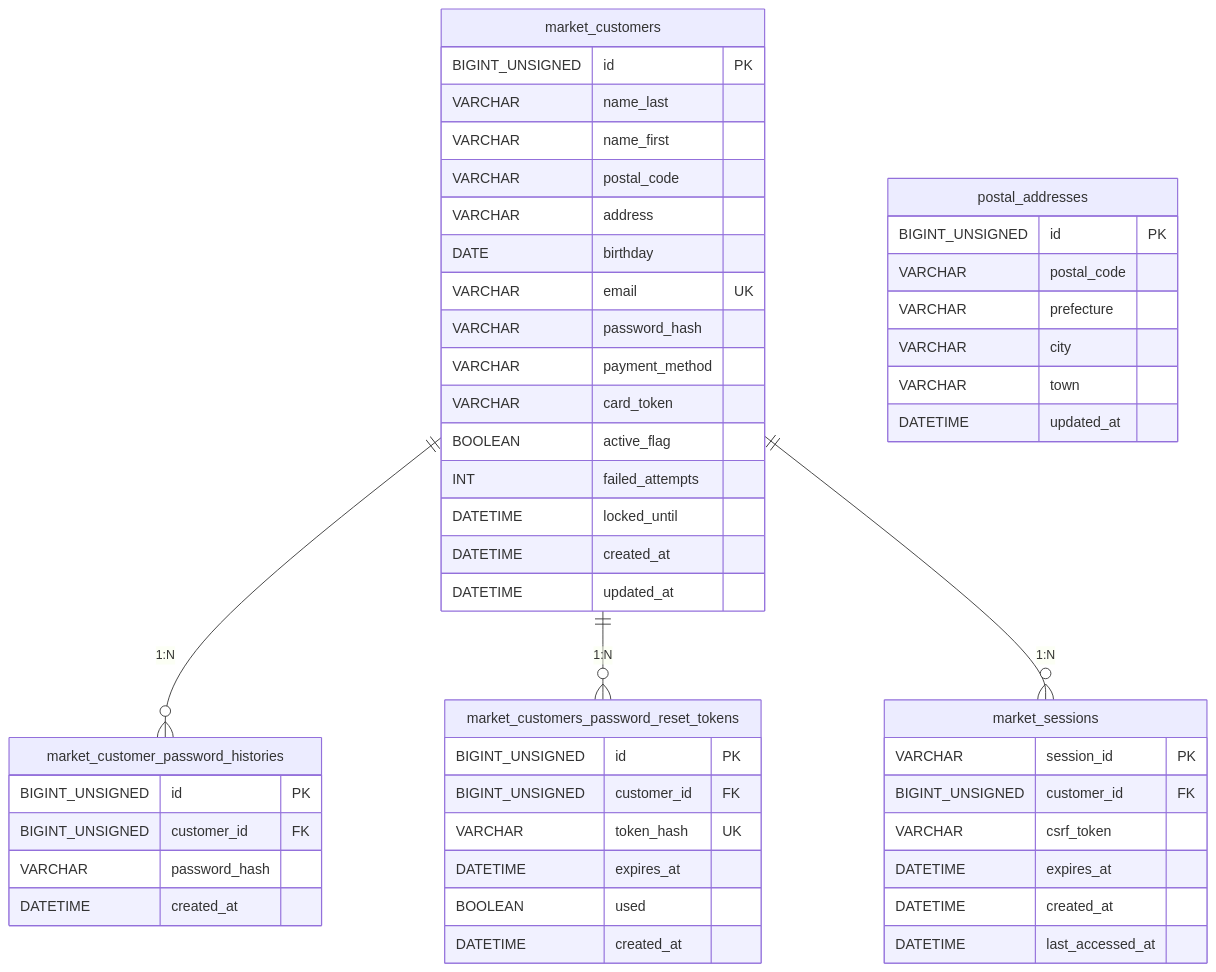
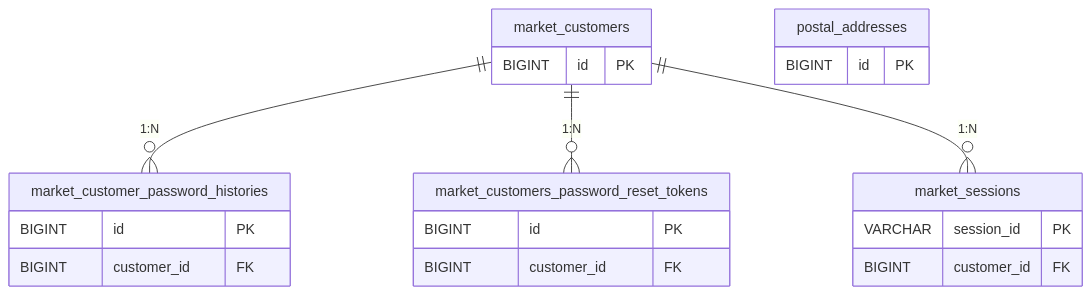
One commit to Tetsu0222/amazia changed the fourth of 5 diagrams in docs/database_design/ER_diagram.md. Above: the diagram before and after it, drawn with Mermaid. The commit also changed other lines of this file, not shown here.

Commit message:
ER図更新

````diff
--- a/docs/database_design/ER_diagram.md
+++ b/docs/database_design/ER_diagram.md
@@ -229,59 +150,30 @@
 ```mermaid
 erDiagram
     market_customers {
-        BIGINT_UNSIGNED id PK
-        VARCHAR name_last
-        VARCHAR name_first
-        VARCHAR postal_code
-        VARCHAR address
-        DATE birthday
-        VARCHAR email UK
-        VARCHAR password_hash
-        VARCHAR payment_method
-        VARCHAR card_token
-        BOOLEAN active_flag
-        INT failed_attempts
-        DATETIME locked_until
-        DATETIME created_at
-        DATETIME updated_at
+        BIGINT id PK
     }
 
     market_customer_password_histories {
-        BIGINT_UNSIGNED id PK
-        BIGINT_UNSIGNED customer_id FK
-        VARCHAR password_hash
-        DATETIME created_at
+        BIGINT id PK
+        BIGINT customer_id FK
     }
 
     market_customers_password_reset_tokens {
-        BIGINT_UNSIGNED id PK
-        BIGINT_UNSIGNED customer_id FK
-        VARCHAR token_hash UK
-        DATETIME expires_at
-        BOOLEAN used
-        DATETIME created_at
+        BIGINT id PK
+        BIGINT customer_id FK
     }
 
     market_sessions {
         VARCHAR session_id PK
-        BIGINT_UNSIGNED customer_id FK
-        VARCHAR csrf_token
-        DATETIME expires_at
-        DATETIME created_at
-        DATETIME last_accessed_at
+        BIGINT customer_id FK
     }
 
     postal_addresses {
-        BIGINT_UNSIGNED id PK
-        VARCHAR postal_code
-        VARCHAR prefecture
-        VARCHAR city
-        VARCHAR town
-        DATETIME updated_at
+        BIGINT id PK
     }
 
     market_customers ||--o{ market_customer_password_histories : "1:N"
     market_customers ||--o{ market_customers_password_reset_tokens : "1:N"
     market_customers ||--o{ market_sessions : "1:N"
     %% postal_addresses は market_customers と FK を持たない参照マスタ
 ```
````
